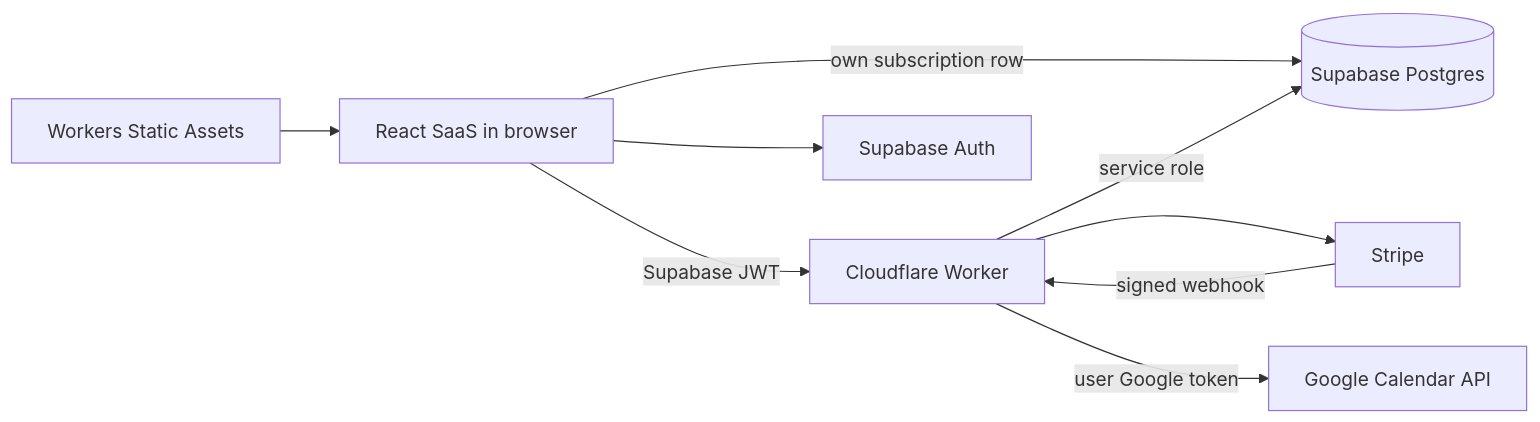
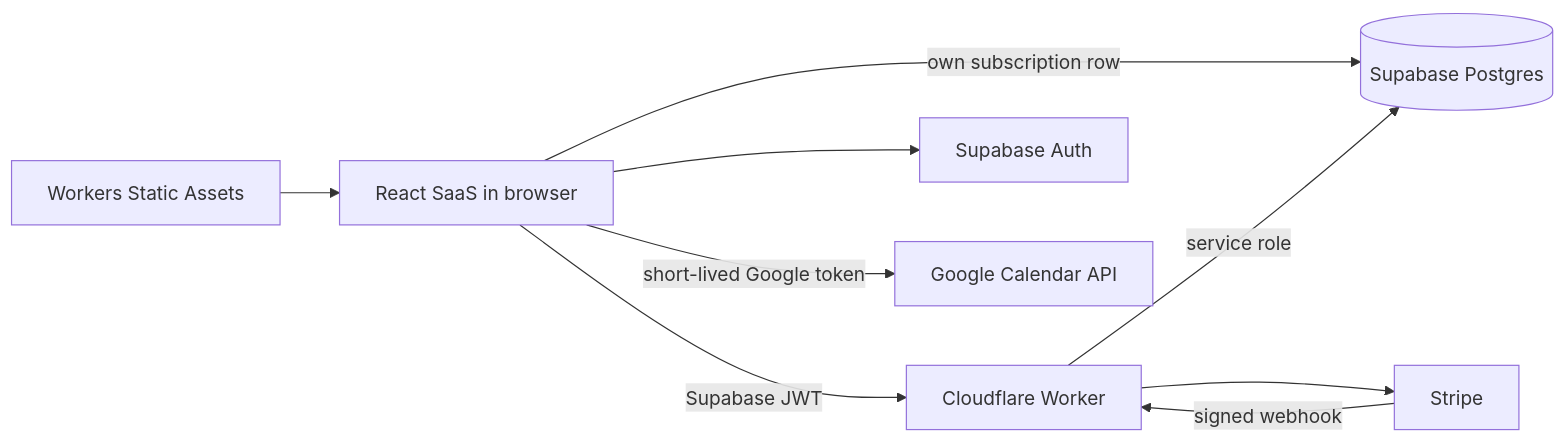
Before and after one commit to BunteStadt/thunderbird_annual_view: the diagram in docs/saas-architecture.md, drawn with Mermaid. The commit also changed other lines of this file and 17 other files, not shown here.

First line of the commit message:
Refactor Google Calendar integration to enable direct browser access added onboarding tour

````diff
--- a/docs/saas-architecture.md
+++ b/docs/saas-architecture.md
@@ -179,19 +179,19 @@
 ```mermaid
 flowchart LR
     Browser[React SaaS in browser]
    Worker[Cloudflare Worker]
    Assets[Workers Static Assets]
     Auth[Supabase Auth]
     DB[(Supabase Postgres)]
     Stripe[Stripe]
     Google[Google Calendar API]
 
    Assets --> Browser
     Browser --> Auth
     Browser -->|own subscription row| DB
    Browser -->|Supabase JWT| Worker
    Worker -->|service role| DB
    Worker --> Stripe
    Stripe -->|signed webhook| Worker
-   Worker -->|user Google token| Google
+   Browser -->|short-lived Google token| Google
 ```
````
